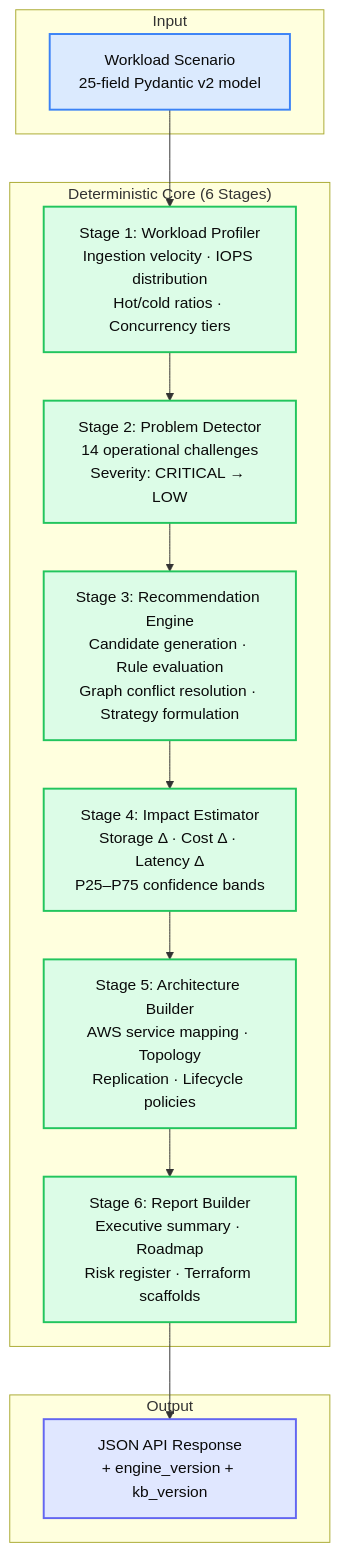
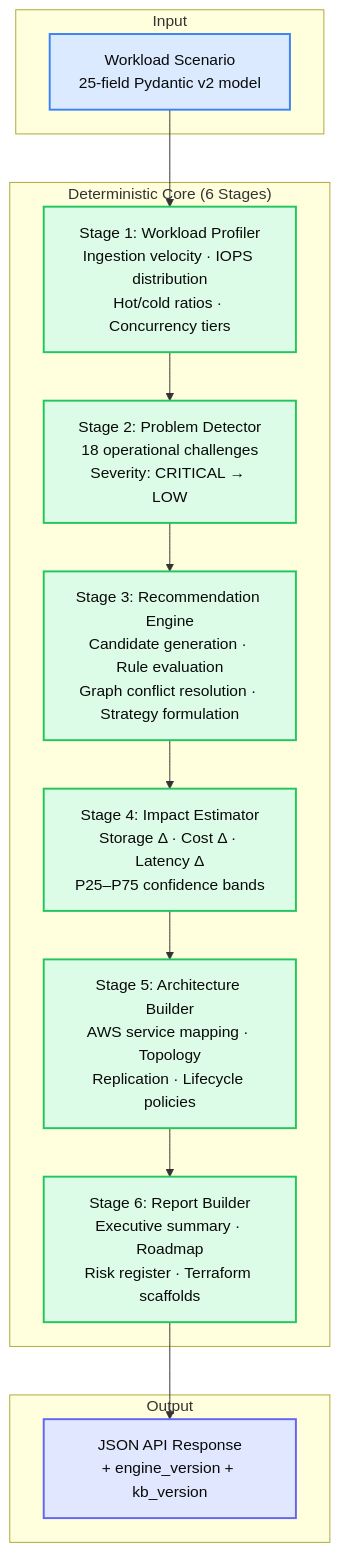
One commit to simply-mihir/ai-storage changed the second of 10 diagrams in README.md. Above: the diagram before and after it, drawn with Mermaid. The commit also changed other lines of this file, not shown here.

Commit message:
docs: resync quoted numbers with v2 KB
Update Problem Detector count from 14 to 18 in architecture diagram,
and document kb_stats/ml_stats in /health endpoint description.

````diff
--- a/README.md
+++ b/README.md
@@ -238,28 +238,28 @@
 ```mermaid
 flowchart TD
     subgraph Input
         S["Workload Scenario\n25-field Pydantic v2 model"]
     end
 
     subgraph Pipeline["Deterministic Core (6 Stages)"]
         P["Stage 1: Workload Profiler\nIngestion velocity · IOPS distribution\nHot/cold ratios · Concurrency tiers"]
-        D["Stage 2: Problem Detector\n14 operational challenges\nSeverity: CRITICAL → LOW"]
+        D["Stage 2: Problem Detector\n18 operational challenges\nSeverity: CRITICAL → LOW"]
         R["Stage 3: Recommendation Engine\nCandidate generation · Rule evaluation\nGraph conflict resolution · Strategy formulation"]
         E["Stage 4: Impact Estimator\nStorage Δ · Cost Δ · Latency Δ\nP25–P75 confidence bands"]
         B["Stage 5: Architecture Builder\nAWS service mapping · Topology\nReplication · Lifecycle policies"]
         Rep["Stage 6: Report Builder\nExecutive summary · Roadmap\nRisk register · Terraform scaffolds"]
     end
 
     subgraph Output
         JSON["JSON API Response\n+ engine_version + kb_version"]
     end
 
     S --> P --> D --> R --> E --> B --> Rep --> JSON
 
     classDef input fill:#dbeafe,stroke:#3b82f6,stroke-width:2px,color:#0a0a0a
     classDef pipe fill:#dcfce7,stroke:#22c55e,stroke-width:2px,color:#0a0a0a
     classDef output fill:#e0e7ff,stroke:#6366f1,stroke-width:2px,color:#0a0a0a
     class S input
     class P,D,R,E,B,Rep pipe
     class JSON output
 ```
````
